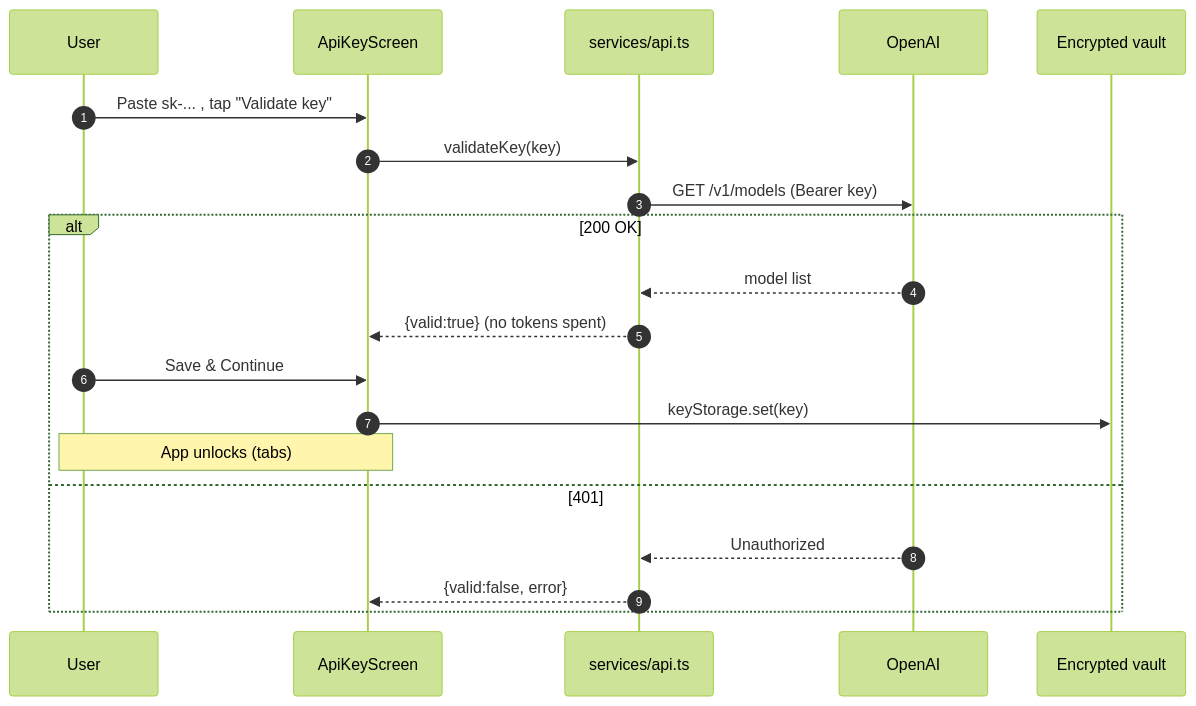
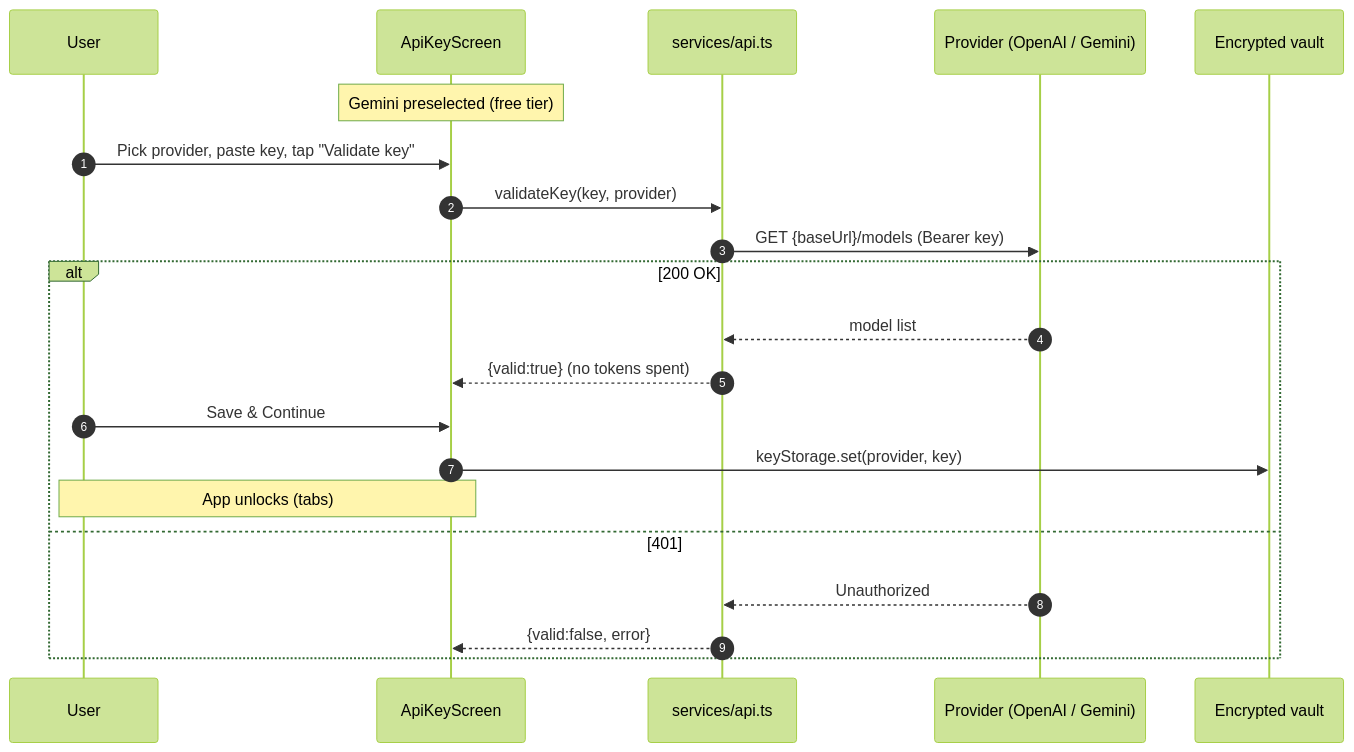
Before and after one commit to prajapatisaurabh/ai-assistant: the second of 5 diagrams in docs/ARCHITECTURE.md, drawn with Mermaid (forest theme). The commit also changed other lines of this file and 4 other files, not shown here.

First line of the commit message:
docs: document OpenAI + Gemini providers and add CLAUDE.md

````diff
--- a/docs/ARCHITECTURE.md
+++ b/docs/ARCHITECTURE.md
@@ -39,23 +54,24 @@
 ```mermaid
 sequenceDiagram
   autonumber
   participant U as User
   participant K as ApiKeyScreen
   participant API as services/api.ts
-  participant OAI as OpenAI
+  participant OAI as Provider (OpenAI / Gemini)
   participant V as Encrypted vault
 
-  U->>K: Paste sk-... , tap "Validate key"
-  K->>API: validateKey(key)
-  API->>OAI: GET /v1/models (Bearer key)
+  Note over K: Gemini preselected (free tier)
+  U->>K: Pick provider, paste key, tap "Validate key"
+  K->>API: validateKey(key, provider)
+  API->>OAI: GET {baseUrl}/models (Bearer key)
   alt 200 OK
     OAI-->>API: model list
     API-->>K: {valid:true}  (no tokens spent)
     U->>K: Save & Continue
-    K->>V: keyStorage.set(key)
+    K->>V: keyStorage.set(provider, key)
     Note over K,U: App unlocks (tabs)
   else 401
     OAI-->>API: Unauthorized
     API-->>K: {valid:false, error}
   end
 ```
````
